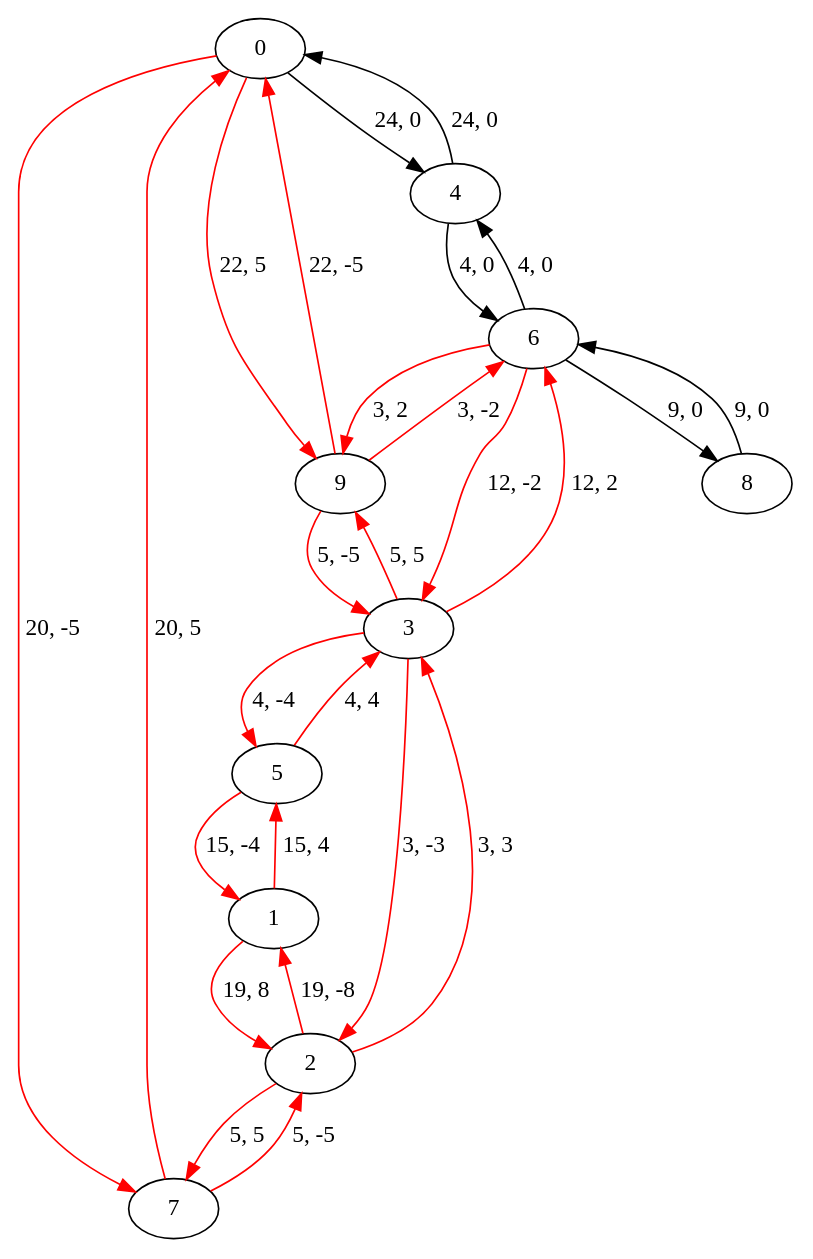
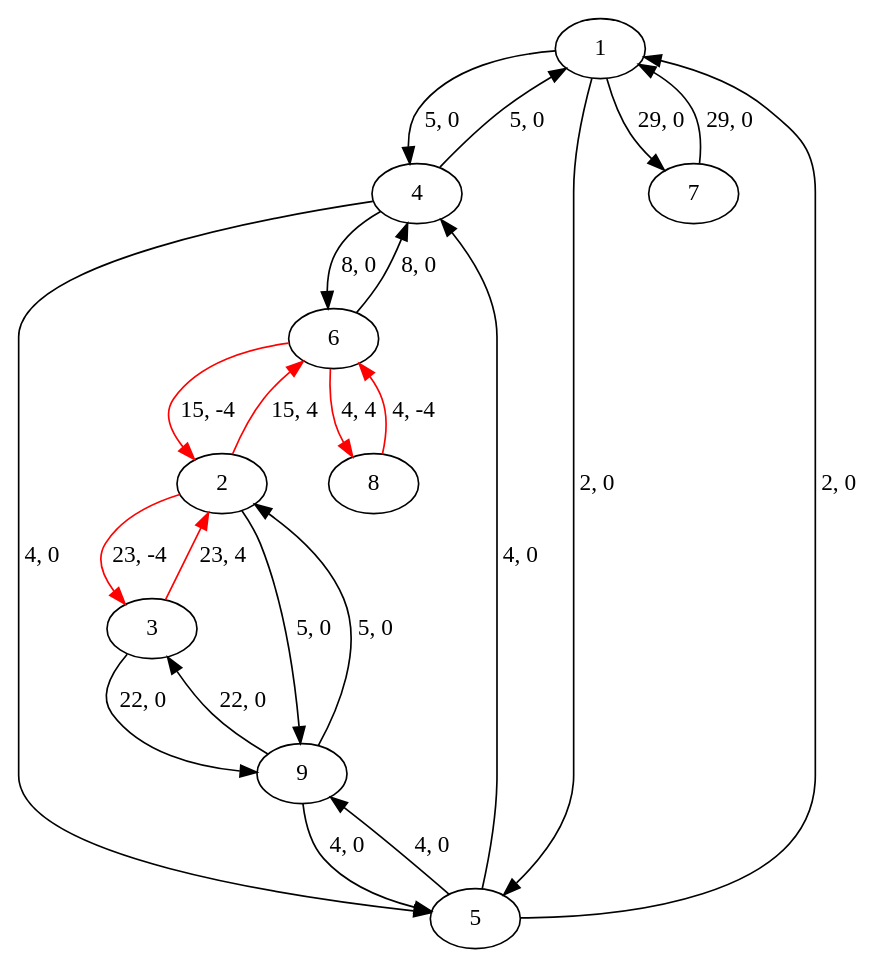
Before and after one commit to Pawlo83/OK: the diagram in karp.dot, drawn with Graphviz. The commit also changed 9 other files, not shown here.

```diff
--- a/karp.dot
+++ b/karp.dot
@@ -1,28 +1,24 @@
 digraph G {
-  0 -> 4 [label="24, 0", ]
-  0 -> 7 [label="20, -5", color="red"]
-  0 -> 9 [label="22, 5", color="red"]
-  1 -> 2 [label="19, 8", color="red"]
-  1 -> 5 [label="15, 4", color="red"]
-  2 -> 1 [label="19, -8", color="red"]
-  2 -> 3 [label="3, 3", color="red"]
-  2 -> 7 [label="5, 5", color="red"]
-  3 -> 2 [label="3, -3", color="red"]
-  3 -> 5 [label="4, -4", color="red"]
-  3 -> 6 [label="12, 2", color="red"]
-  3 -> 9 [label="5, 5", color="red"]
-  4 -> 0 [label="24, 0", ]
-  4 -> 6 [label="4, 0", ]
-  5 -> 1 [label="15, -4", color="red"]
-  5 -> 3 [label="4, 4", color="red"]
-  6 -> 3 [label="12, -2", color="red"]
-  6 -> 4 [label="4, 0", ]
-  6 -> 8 [label="9, 0", ]
-  6 -> 9 [label="3, 2", color="red"]
-  7 -> 0 [label="20, 5", color="red"]
-  7 -> 2 [label="5, -5", color="red"]
-  8 -> 6 [label="9, 0", ]
-  9 -> 0 [label="22, -5", color="red"]
-  9 -> 3 [label="5, -5", color="red"]
-  9 -> 6 [label="3, -2", color="red"]
+  1 -> 4 [label="5, 0", ]
+  1 -> 5 [label="2, 0", ]
+  1 -> 7 [label="29, 0", ]
+  2 -> 3 [label="23, -4", color="red"]
+  2 -> 6 [label="15, 4", color="red"]
+  2 -> 9 [label="5, 0", ]
+  3 -> 2 [label="23, 4", color="red"]
+  3 -> 9 [label="22, 0", ]
+  4 -> 1 [label="5, 0", ]
+  4 -> 5 [label="4, 0", ]
+  4 -> 6 [label="8, 0", ]
+  5 -> 1 [label="2, 0", ]
+  5 -> 4 [label="4, 0", ]
+  5 -> 9 [label="4, 0", ]
+  6 -> 2 [label="15, -4", color="red"]
+  6 -> 4 [label="8, 0", ]
+  6 -> 8 [label="4, 4", color="red"]
+  7 -> 1 [label="29, 0", ]
+  8 -> 6 [label="4, -4", color="red"]
+  9 -> 2 [label="5, 0", ]
+  9 -> 3 [label="22, 0", ]
+  9 -> 5 [label="4, 0", ]
 }
```
